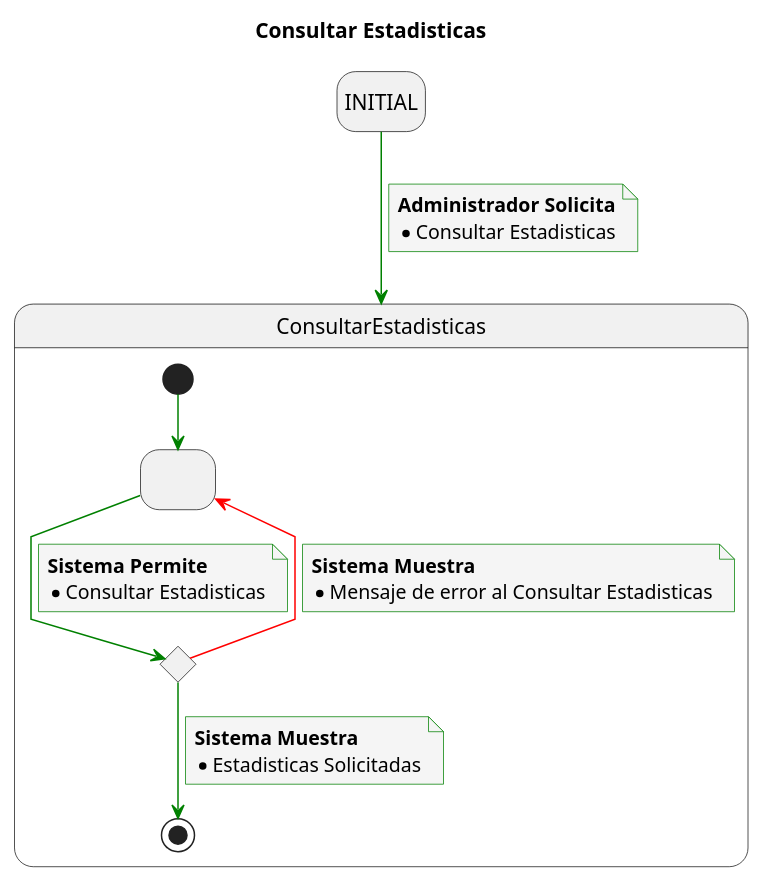
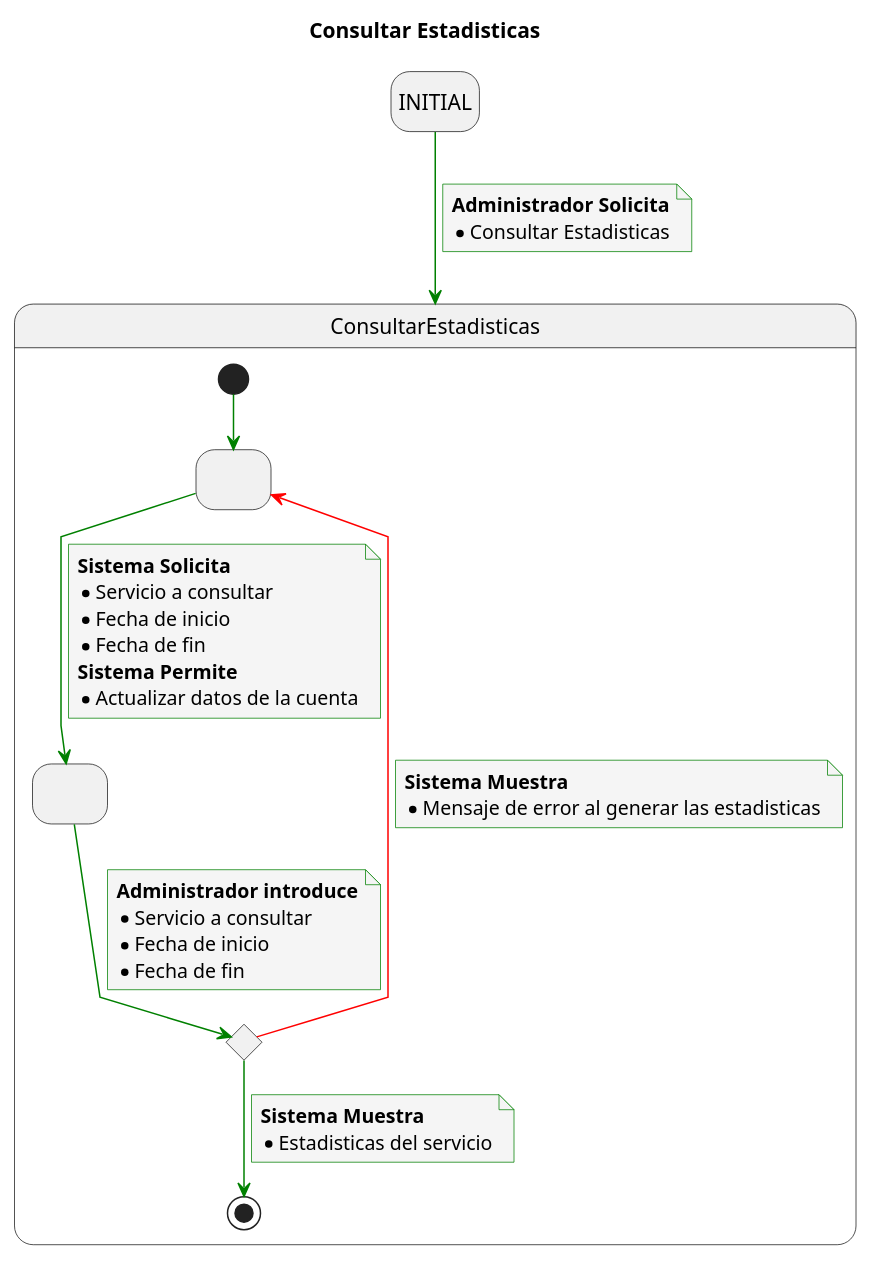
Before and after one commit to mmasias/23-24-IdSw1-SDR: the diagram in Caso_de_Uso/Casos_de_Uso/Administrador/ConsultarEstadisticas/Estadisticas.puml, drawn with PlantUML. The commit also changed 1 other file, not shown here.

Commit message:
Update Estadisticas.puml with new state and note

```diff
--- a/Caso_de_Uso/Casos_de_Uso/Administrador/ConsultarEstadisticas/Estadisticas.puml
+++ b/Caso_de_Uso/Casos_de_Uso/Administrador/ConsultarEstadisticas/Estadisticas.puml
@@ -1,46 +1,59 @@
 @startuml
 title Consultar Estadisticas
 
 skinparam {
     NoteBackgroundColor #whiteSmoke
     ArrowColor #green
     NoteBorderColor #green
     linetype polyline
 }
 
 hide empty description
 
 state startState as "INITIAL"
 
 startState --> ConsultarEstadisticas
 note on link
     <b>Administrador Solicita</b>
     * Consultar Estadisticas
 end note
 
 state ConsultarEstadisticas{
 state 2 as " "
+state 3 as " "
 state 4 <<choice>>
 
 [*] -down-> 2
 
-2 -down-> 4
+2 -down-> 3
 note on link
+<b>Sistema Solicita</b>
+* Servicio a consultar
+* Fecha de inicio
+* Fecha de fin
 <b>Sistema Permite</b>
-* Consultar Estadisticas
+* Actualizar datos de la cuenta
+end note
+
+3 -down-> 4
+note on link
+<b>Administrador introduce</b>
+* Servicio a consultar
+* Fecha de inicio
+* Fecha de fin
 end note
 
 4 -down-> [*]
 note on link
 <b>Sistema Muestra</b>
-* Estadisticas Solicitadas
+* Estadisticas del servicio
 end note
 
 4 -[#red]-> 2
 note on link
 <b>Sistema Muestra</b>
-* Mensaje de error al Consultar Estadisticas
+* Mensaje de error al generar las estadisticas
 end note
 
 }
 @enduml
```
